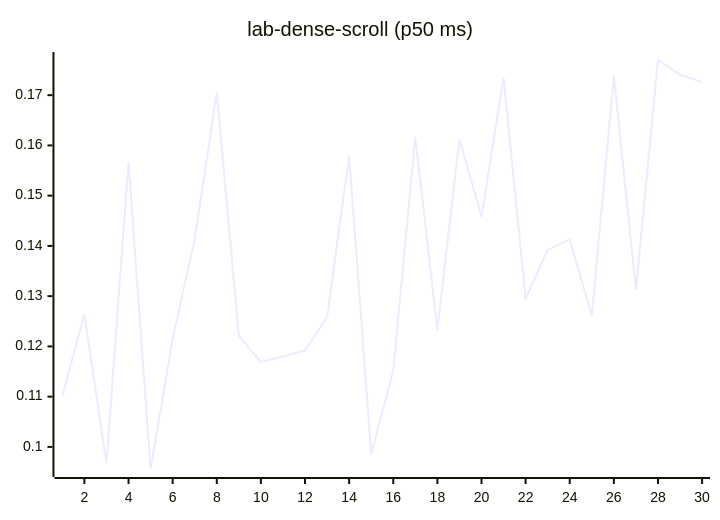
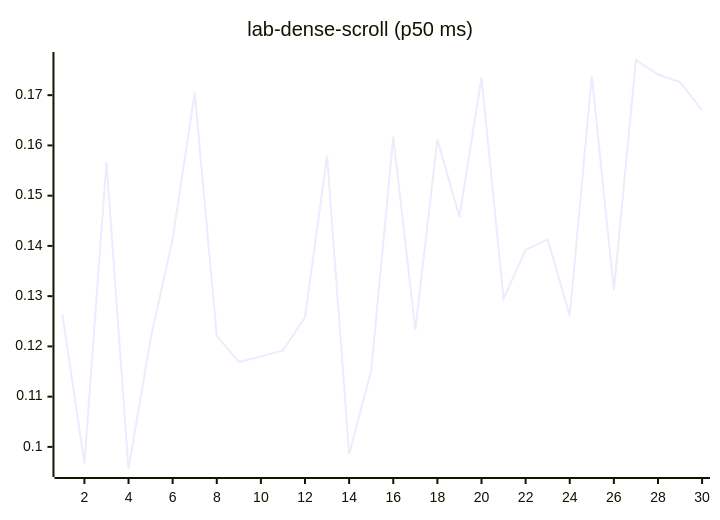
Before and after one commit to josha/Facet: diagram 12 of 27 in README.md, drawn with Mermaid. The commit also changed other lines of this file and 2 other files, not shown here.

````diff
--- a/README.md
+++ b/README.md
@@ -140,6 +140,6 @@
 ```mermaid
 xychart-beta
     title "lab-dense-scroll (p50 ms)"
     x-axis 1 --> 30
-    line [0.1102, 0.1264, 0.0967, 0.1567, 0.0956, 0.1215, 0.1414, 0.1705, 0.1221, 0.1169, 0.1180, 0.1192, 0.1258, 0.1579, 0.0986, 0.1152, 0.1617, 0.1233, 0.1612, 0.1458, 0.1735, 0.1295, 0.1392, 0.1413, 0.1261, 0.1738, 0.1312, 0.1770, 0.1741, 0.1726]
+    line [0.1264, 0.0967, 0.1567, 0.0956, 0.1215, 0.1414, 0.1705, 0.1221, 0.1169, 0.1180, 0.1192, 0.1258, 0.1579, 0.0986, 0.1152, 0.1617, 0.1233, 0.1612, 0.1458, 0.1735, 0.1295, 0.1392, 0.1413, 0.1261, 0.1738, 0.1312, 0.1770, 0.1741, 0.1726, 0.1670]
 ```
````
